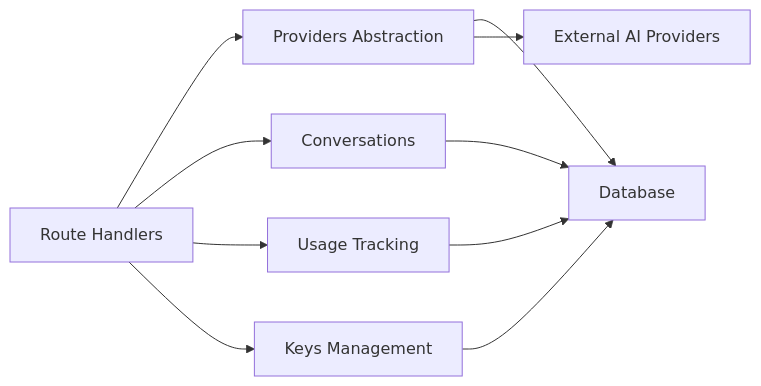
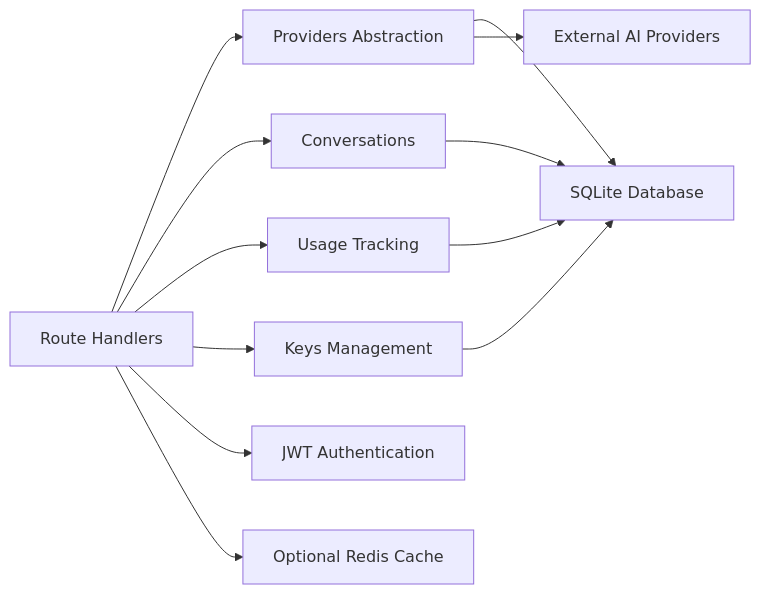
Before and after one commit to HassanAmeer/cheaprouter: the tenth of 10 diagrams in .qoder/repowiki/en/content/Backend Architecture/Backend Architecture.md, drawn with Mermaid. The commit also changed other lines of this file and 54 other files, not shown here.

````diff
--- a/.qoder/repowiki/en/content/Backend Architecture/Backend Architecture.md
+++ b/.qoder/repowiki/en/content/Backend Architecture/Backend Architecture.md
@@ -364,12 +402,14 @@
 ```mermaid
 graph LR
 R["Route Handlers"] --> P["Providers Abstraction"]
 R --> C["Conversations"]
 R --> U["Usage Tracking"]
 R --> K["Keys Management"]
-P --> DB["Database"]
+P --> DB["SQLite Database"]
 C --> DB
 U --> DB
 K --> DB
 P --> EXT["External AI Providers"]
+R --> AUTH["JWT Authentication"]
+R --> CACHE["Optional Redis Cache"]
 ```
````
